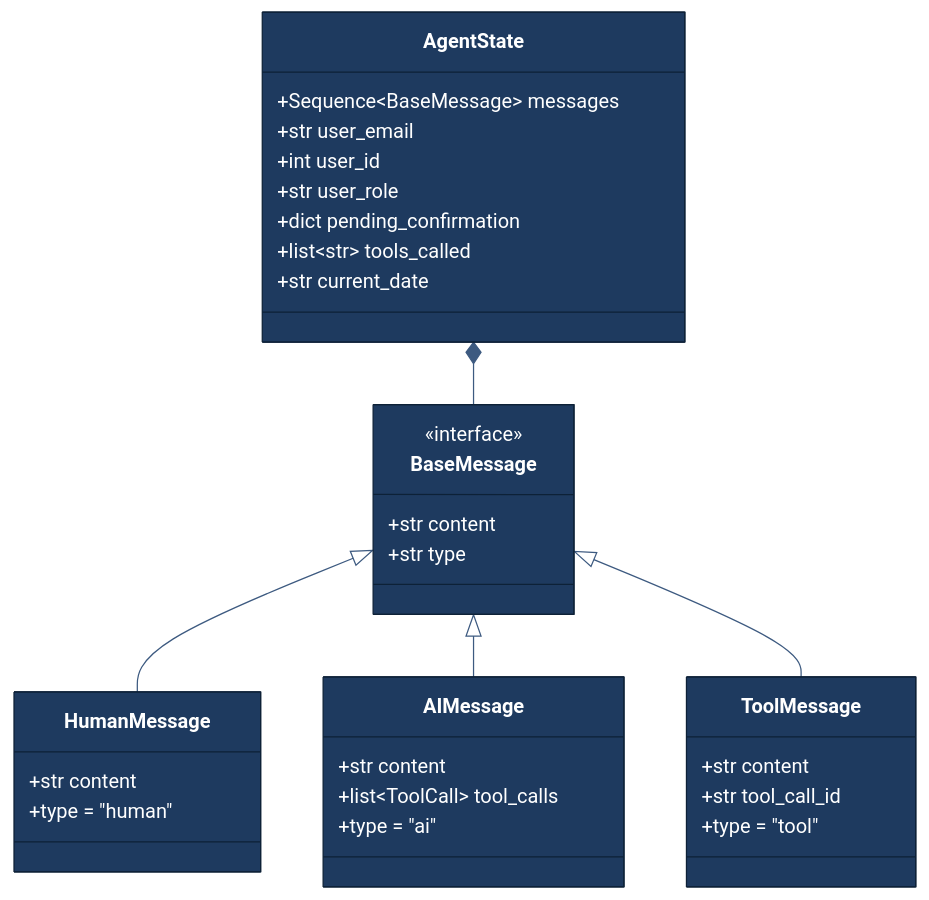
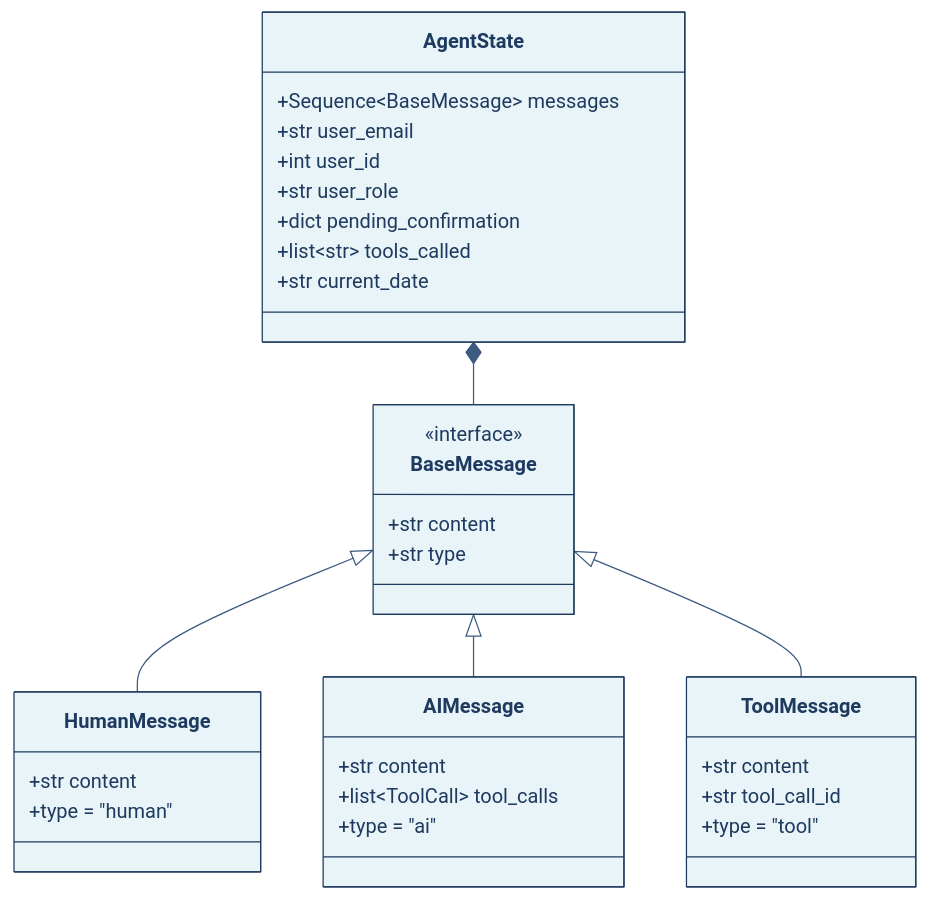
Before and after one commit to ruthvik-jeev/hr-agent: the third of 5 diagrams in ARCHITECTURE.md, drawn with Mermaid. The commit also changed other lines of this file and 5 other files, not shown here.

First line of the commit message:
fix: improve diagram text visibility with dark text colors

````diff
--- a/ARCHITECTURE.md
+++ b/ARCHITECTURE.md
@@ -155,50 +164,52 @@
 ```mermaid
 %%{init: {
   'theme': 'base',
   'themeVariables': {
-    'primaryColor': '#1e3a5f',
-    'primaryTextColor': '#ffffff',
-    'primaryBorderColor': '#0d2137',
-    'lineColor': '#3d5a80'
+    'primaryColor': '#e8f4f8',
+    'primaryTextColor': '#1e3a5f',
+    'primaryBorderColor': '#1e3a5f',
+    'lineColor': '#3d5a80',
+    'textColor': '#1e3a5f',
+    'classText': '#1e3a5f'
   }
 }}%%
 
 classDiagram
     class AgentState {
         +Sequence~BaseMessage~ messages
         +str user_email
         +int user_id
         +str user_role
         +dict pending_confirmation
         +list~str~ tools_called
         +str current_date
     }
     
     class BaseMessage {
         <<interface>>
         +str content
         +str type
     }
     
     class HumanMessage {
         +str content
         +type = "human"
     }
     
     class AIMessage {
         +str content
         +list~ToolCall~ tool_calls
         +type = "ai"
     }
     
     class ToolMessage {
         +str content
         +str tool_call_id
         +type = "tool"
     }
     
     BaseMessage <|-- HumanMessage
     BaseMessage <|-- AIMessage
     BaseMessage <|-- ToolMessage
     AgentState *-- BaseMessage
 ```
````
